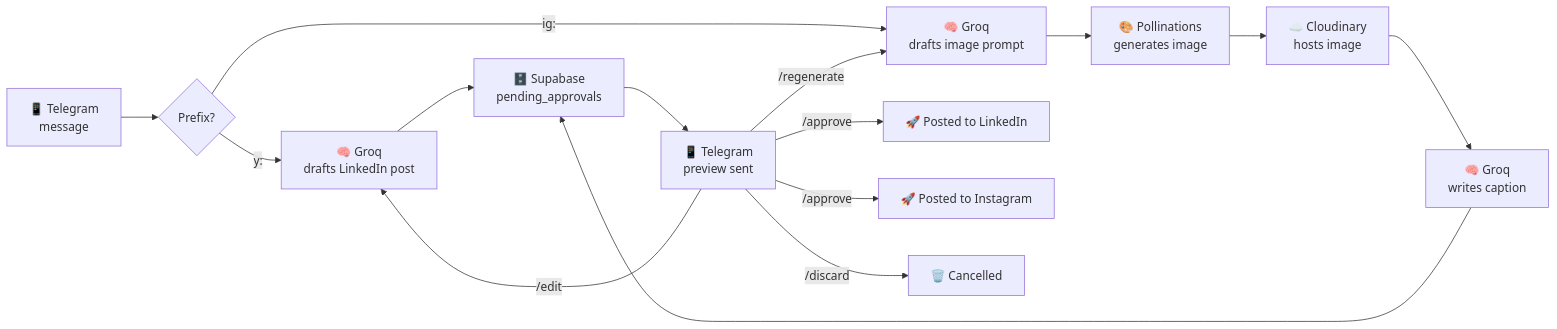
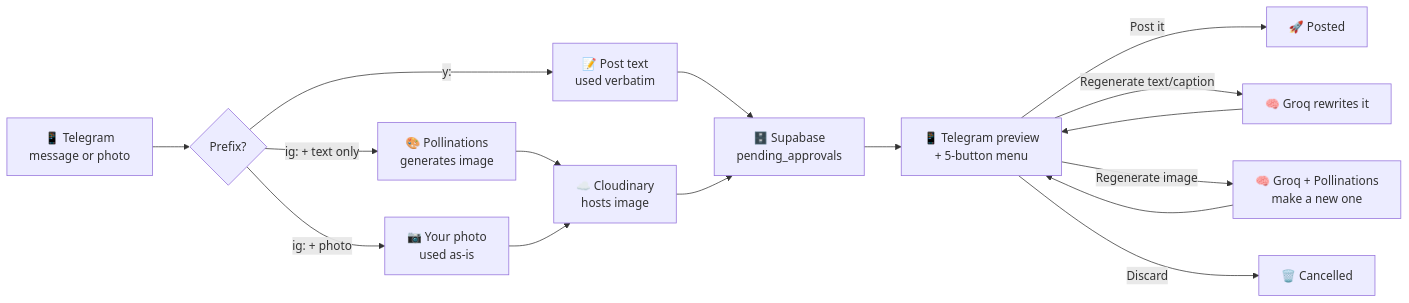
The diagram in README.md (YahyaZekry/social-publisher), drawn with Mermaid before and after one commit. The commit also changed other lines of this file and 2 other files, not shown here.

First line of the commit message:
Add missing image-style variety to Instagram prompt, update README

````diff
--- a/README.md
+++ b/README.md
@@ -18,17 +24,18 @@
 ```mermaid
 flowchart LR
-    A["📱 Telegram\nmessage"] --> R{"Prefix?"}
-    R -->|"y:"| B1["🧠 Groq\ndrafts LinkedIn post"]
-    R -->|"ig:"| B2["🧠 Groq\ndrafts image prompt"]
-    B2 --> C["🎨 Pollinations\ngenerates image"]
-    C --> D["☁️ Cloudinary\nhosts image"]
-    D --> B3["🧠 Groq\nwrites caption"]
+    A["📱 Telegram\nmessage or photo"] --> R{"Prefix?"}
+    R -->|"y:"| B1["📝 Post text\nused verbatim"]
+    R -->|"ig: + photo"| B2P["📷 Your photo\nused as-is"]
+    R -->|"ig: + text only"| B2["🎨 Pollinations\ngenerates image"]
+    B2 --> D["☁️ Cloudinary\nhosts image"]
+    B2P --> D
     B1 --> E["🗄️ Supabase\npending_approvals"]
-    B3 --> E
-    E --> F["📱 Telegram\npreview sent"]
-    F -->|"/approve"| G1["🚀 Posted to LinkedIn"]
-    F -->|"/approve"| G2["🚀 Posted to Instagram"]
-    F -->|"/edit"| B1
-    F -->|"/regenerate"| B2
-    F -->|"/discard"| H["🗑️ Cancelled"]
+    D --> E
+    E --> F["📱 Telegram preview\n+ 5-button menu"]
+    F -->|"Post it"| G1["🚀 Posted"]
+    F -->|"Regenerate text/caption"| H1["🧠 Groq rewrites it"]
+    F -->|"Regenerate image"| H2["🧠 Groq + Pollinations\nmake a new one"]
+    H1 --> F
+    H2 --> F
+    F -->|"Discard"| I["🗑️ Cancelled"]
 ```
````
